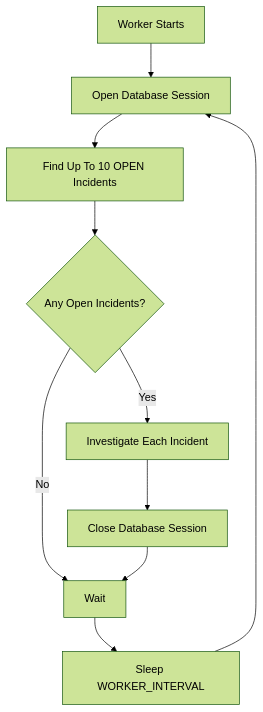
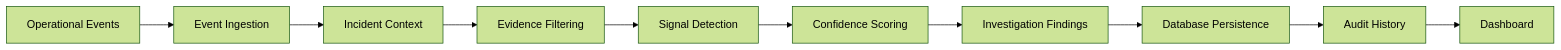
One commit to akankshad1712/opspilot-ai changed the second of 2 diagrams in README.md. Above: the diagram before and after it, drawn with Mermaid (forest theme). The commit also changed other lines of this file, not shown here.

````diff
--- a/README.md
+++ b/README.md
@@ -473,12 +108,12 @@
 ```mermaid
-flowchart TD
-    A["Worker Starts"] --> B["Open Database Session"]
-    B --> C["Find Up To 10 OPEN Incidents"]
-    C --> D{"Any Open Incidents?"}
-    D -->|Yes| E["Investigate Each Incident"]
-    D -->|No| F["Wait"]
-    E --> G["Close Database Session"]
-    G --> F
-    F --> H["Sleep WORKER_INTERVAL"]
-    H --> B
+flowchart LR
+    A["Operational Events"] --> B["Event Ingestion"]
+    B --> C["Incident Context"]
+    C --> D["Evidence Filtering"]
+    D --> E["Signal Detection"]
+    E --> F["Confidence Scoring"]
+    F --> G["Investigation Findings"]
+    G --> H["Database Persistence"]
+    H --> I["Audit History"]
+    I --> J["Dashboard"]
 ```
````
